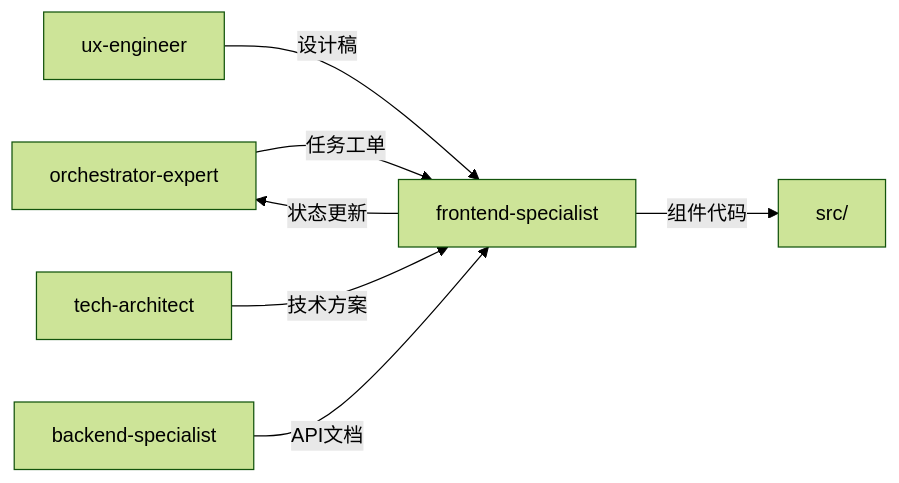
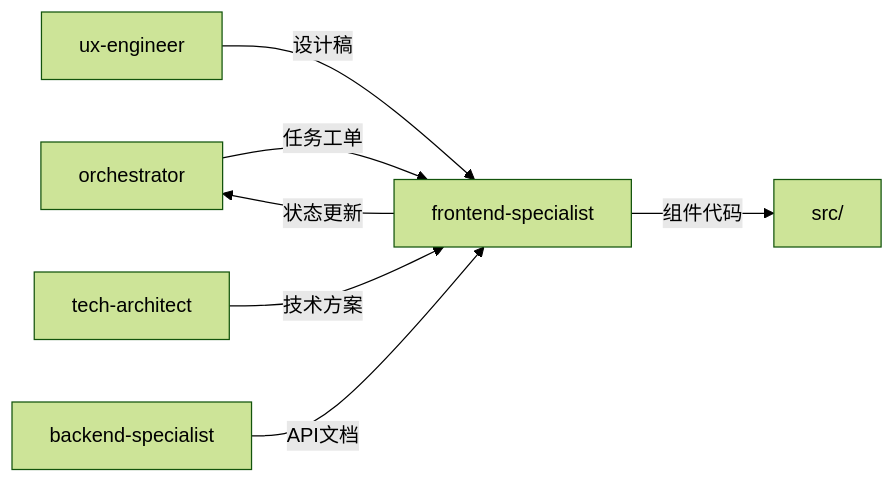
One commit to Tooooommy/Trae-Workflow changed the diagram in skills/frontend-specialist/SKILL.md. Above: the diagram before and after it, drawn with Mermaid (forest theme). The commit also changed other lines of this file and 21 other files, not shown here.

First line of the commit message:
refactor(skills): rename orchestrator-expert to orchestrator and update paths

````diff
--- a/skills/frontend-specialist/SKILL.md
+++ b/skills/frontend-specialist/SKILL.md
@@ -82,9 +82,9 @@
 ```mermaid
 flowchart LR
-    A[orchestrator-expert] -->|任务工单| B[frontend-specialist]
+    A[orchestrator] -->|任务工单| B[frontend-specialist]
     C[ux-engineer] -->|设计稿| B
     D[tech-architect] -->|技术方案| B
     E[backend-specialist] -->|API文档| B
     B -->|组件代码| F[src/]
     B -->|状态更新| A
 ```
````
